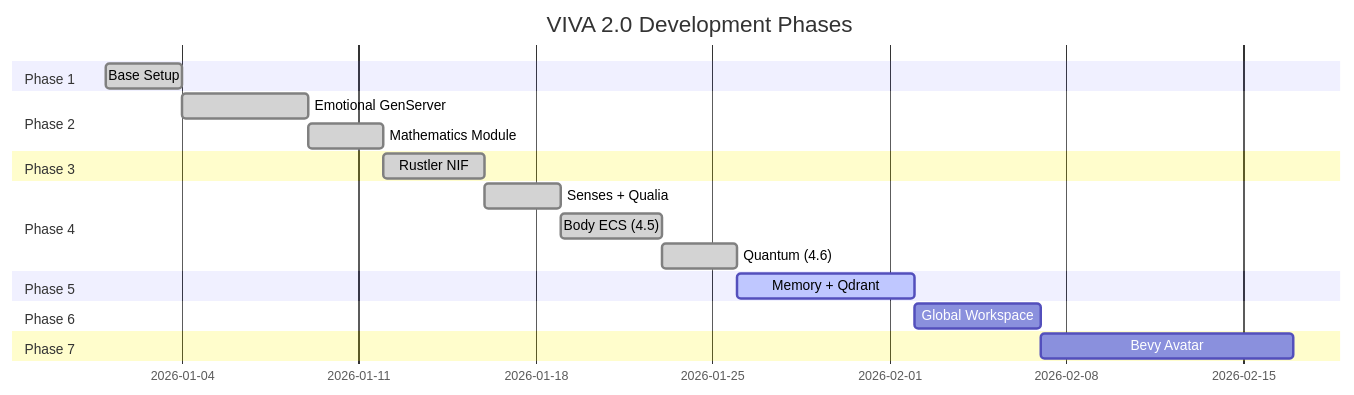
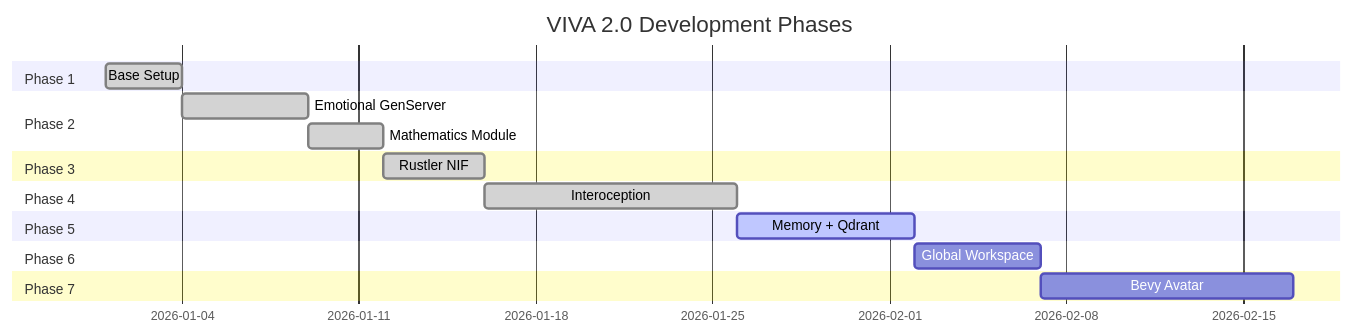
The fourth of 4 diagrams in docs/en/explanation/project-status.md (gabrielmaialva33/viva), drawn with Mermaid before and after one commit. The commit also changed 8 other files, not shown here.

First line of the commit message:
docs: consolidate Phase 4 roadmap (remove subfases 4.5/4.6)

````diff
--- a/docs/en/explanation/project-status.md
+++ b/docs/en/explanation/project-status.md
@@ -334,29 +334,27 @@
 ```mermaid
 gantt
     title VIVA 2.0 Development Phases
     dateFormat  YYYY-MM-DD
 
     section Phase 1
     Base Setup           :done, p1, 2026-01-01, 3d
 
     section Phase 2
     Emotional GenServer  :done, p2, after p1, 5d
     Mathematics Module   :done, p2m, after p2, 3d
 
     section Phase 3
     Rustler NIF          :done, p3, after p2m, 4d
 
     section Phase 4
-    Senses + Qualia      :done, p4, after p3, 3d
-    Body ECS (4.5)       :done, p45, after p4, 4d
-    Quantum (4.6)        :done, p46, after p45, 3d
+    Interoception        :done, p4, after p3, 10d
 
     section Phase 5
-    Memory + Qdrant      :active, p5, after p46, 7d
+    Memory + Qdrant      :active, p5, after p4, 7d
 
     section Phase 6
     Global Workspace     :p6, after p5, 5d
 
     section Phase 7
     Bevy Avatar          :p7, after p6, 10d
 ```
````
